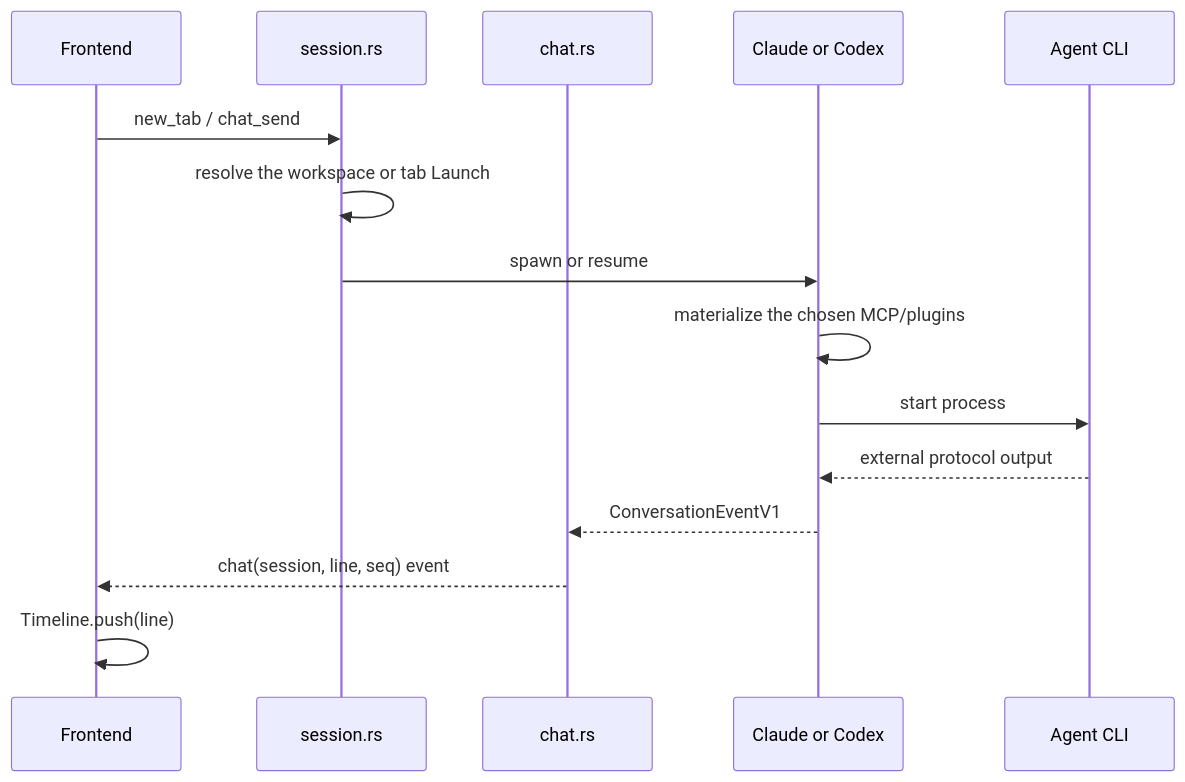
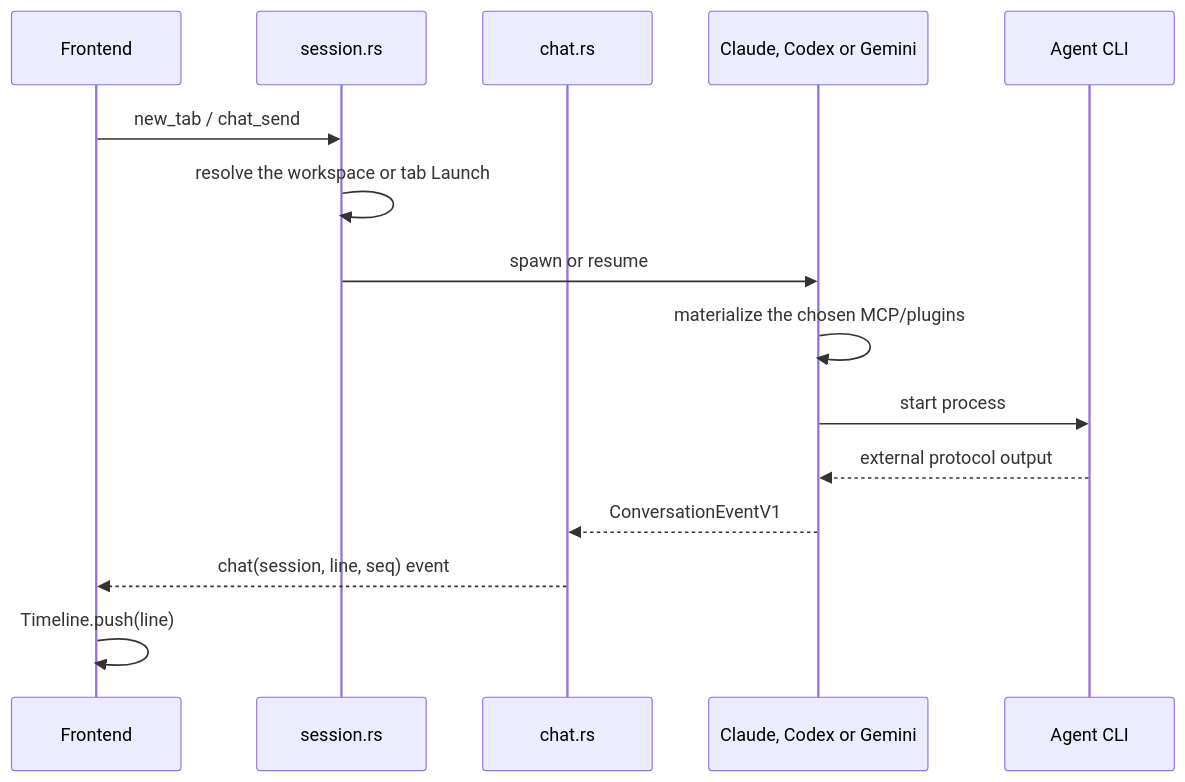
The diagram in docs/architecture/conversation-flow.md (JabsRafael/prometeu), drawn with Mermaid before and after one commit. The commit also changed other lines of this file and 38 other files, not shown here.

````diff
--- a/docs/architecture/conversation-flow.md
+++ b/docs/architecture/conversation-flow.md
@@ -13,18 +13,18 @@
 ```mermaid
 sequenceDiagram
     participant UI as Frontend
     participant Session as session.rs
     participant Chat as chat.rs
-    participant Adapter as Claude or Codex
+    participant Adapter as Claude, Codex or Gemini
     participant Agent as Agent CLI
 
     UI->>Session: new_tab / chat_send
     Session->>Session: resolve the workspace or tab Launch
     Session->>Adapter: spawn or resume
     Adapter->>Adapter: materialize the chosen MCP/plugins
     Adapter->>Agent: start process
     Agent-->>Adapter: external protocol output
     Adapter-->>Chat: ConversationEventV1
     Chat-->>UI: chat(session, line, seq) event
     UI->>UI: Timeline.push(line)
 ```
````
